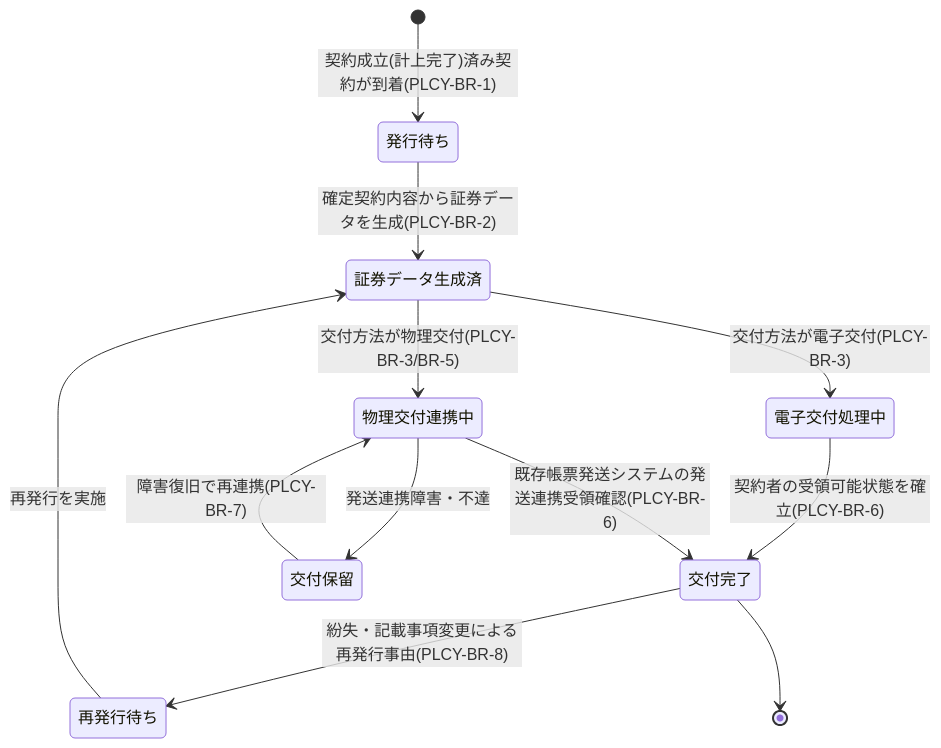
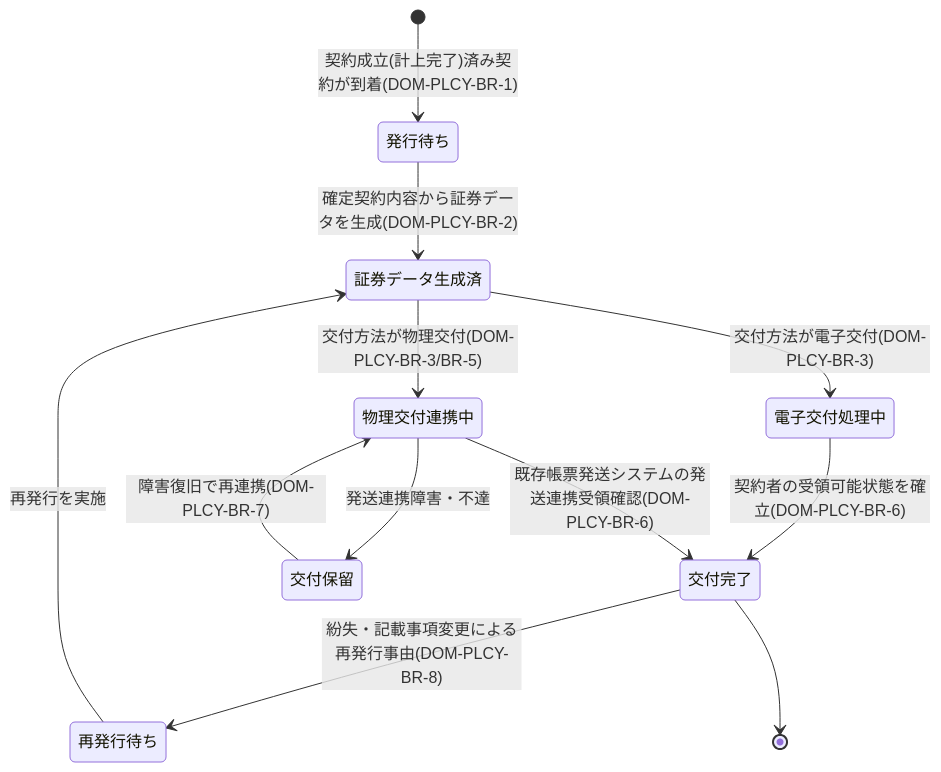
One commit to Acceler-Digital/karura-sample-artifacts-individual-life-insurance-new-business changed the diagram in docs/D1.business-requirements/domain-requirements/policy-requirement-document.md. Above: the diagram before and after it, drawn with Mermaid. The commit also changed other lines of this file and 28 other files, not shown here.

````diff
--- a/docs/D1.business-requirements/domain-requirements/policy-requirement-document.md
+++ b/docs/D1.business-requirements/domain-requirements/policy-requirement-document.md
@@ -36,14 +36,14 @@
 ```mermaid
 stateDiagram-v2
-    [*] --> 発行待ち: 契約成立(計上完了)済み契約が到着(PLCY-BR-1)
-    発行待ち --> 証券データ生成済: 確定契約内容から証券データを生成(PLCY-BR-2)
-    証券データ生成済 --> 電子交付処理中: 交付方法が電子交付(PLCY-BR-3)
-    証券データ生成済 --> 物理交付連携中: 交付方法が物理交付(PLCY-BR-3/BR-5)
-    電子交付処理中 --> 交付完了: 契約者の受領可能状態を確立(PLCY-BR-6)
-    物理交付連携中 --> 交付完了: 既存帳票発送システムの発送連携受領確認(PLCY-BR-6)
+    [*] --> 発行待ち: 契約成立(計上完了)済み契約が到着(DOM-PLCY-BR-1)
+    発行待ち --> 証券データ生成済: 確定契約内容から証券データを生成(DOM-PLCY-BR-2)
+    証券データ生成済 --> 電子交付処理中: 交付方法が電子交付(DOM-PLCY-BR-3)
+    証券データ生成済 --> 物理交付連携中: 交付方法が物理交付(DOM-PLCY-BR-3/BR-5)
+    電子交付処理中 --> 交付完了: 契約者の受領可能状態を確立(DOM-PLCY-BR-6)
+    物理交付連携中 --> 交付完了: 既存帳票発送システムの発送連携受領確認(DOM-PLCY-BR-6)
     物理交付連携中 --> 交付保留: 発送連携障害・不達
-    交付保留 --> 物理交付連携中: 障害復旧で再連携(PLCY-BR-7)
-    交付完了 --> 再発行待ち: 紛失・記載事項変更による再発行事由(PLCY-BR-8)
+    交付保留 --> 物理交付連携中: 障害復旧で再連携(DOM-PLCY-BR-7)
+    交付完了 --> 再発行待ち: 紛失・記載事項変更による再発行事由(DOM-PLCY-BR-8)
     再発行待ち --> 証券データ生成済: 再発行を実施
     交付完了 --> [*]
 ```
````
